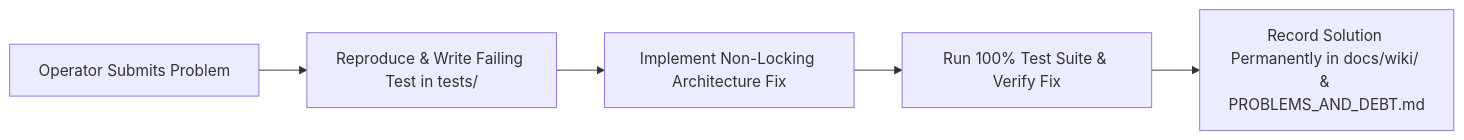
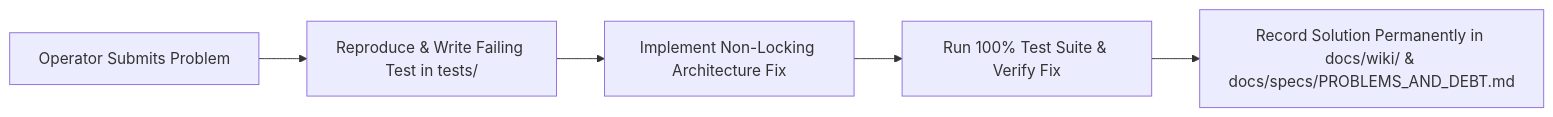
The diagram in docs/wiki/SUBMITTING_ISSUES_AND_SOLUTIONS.md (Dyvorn/Core-AI), drawn with Mermaid before and after one commit. The commit also changed other lines of this file and 12 other files, not shown here.

````diff
--- a/docs/wiki/SUBMITTING_ISSUES_AND_SOLUTIONS.md
+++ b/docs/wiki/SUBMITTING_ISSUES_AND_SOLUTIONS.md
@@ -53,7 +53,7 @@
 ```mermaid
 graph LR
     A[Operator Submits Problem] --> B[Reproduce & Write Failing Test in tests/]
     B --> C[Implement Non-Locking Architecture Fix]
     C --> D[Run 100% Test Suite & Verify Fix]
-    D --> E[Record Solution Permanently in docs/wiki/ & PROBLEMS_AND_DEBT.md]
+    D --> E[Record Solution Permanently in docs/wiki/ & docs/specs/PROBLEMS_AND_DEBT.md]
 ```
````
